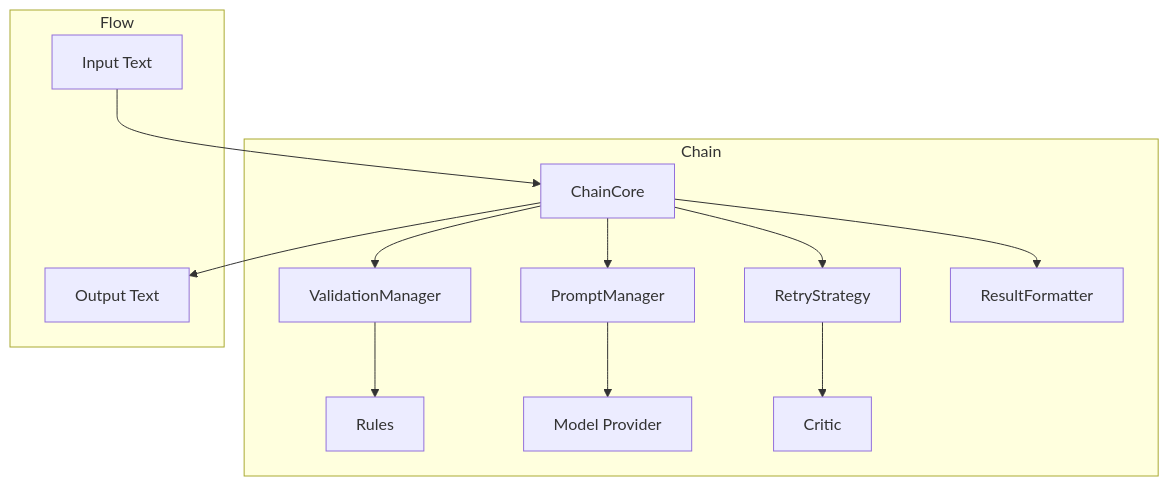
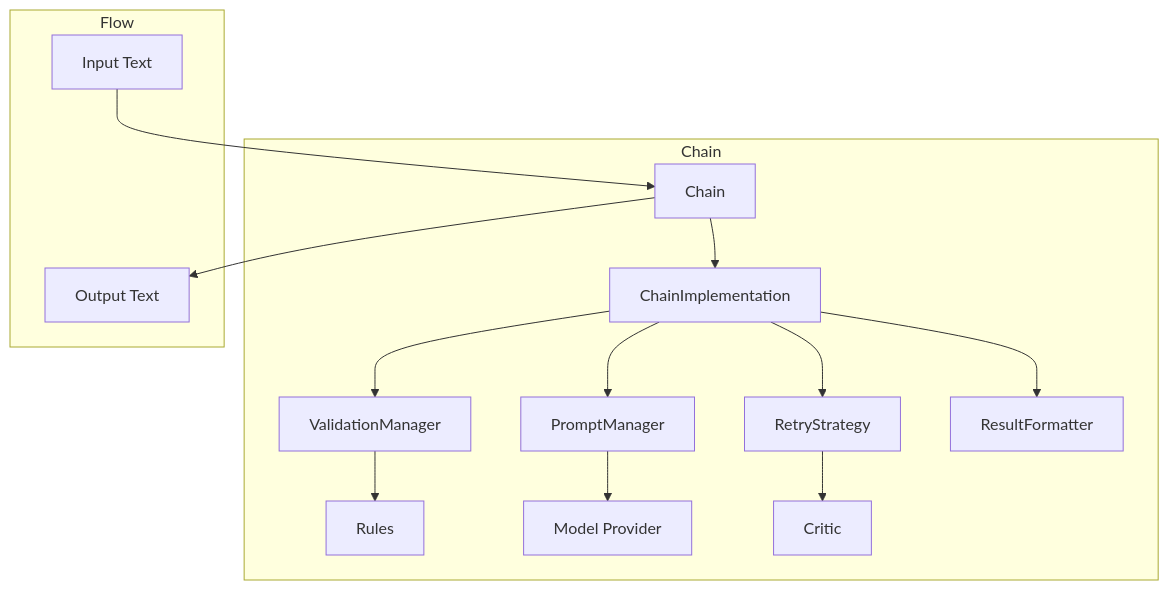
Before and after one commit to sifaka-ai/sifaka: the diagram in docs/components/chains.md, drawn with Mermaid. The commit also changed other lines of this file and 14 other files, not shown here.

````diff
--- a/docs/components/chains.md
+++ b/docs/components/chains.md
@@ -15,17 +16,18 @@
 ```mermaid
 graph TD
     subgraph Chain
-        CC[ChainCore] --> VM[ValidationManager]
-        CC --> PM[PromptManager]
-        CC --> RS[RetryStrategy]
-        CC --> RF[ResultFormatter]
+        C[Chain] --> CI[ChainImplementation]
+        CI --> VM[ValidationManager]
+        CI --> PM[PromptManager]
+        CI --> RS[RetryStrategy]
+        CI --> RF[ResultFormatter]
         VM --> Rules[Rules]
         PM --> Model[Model Provider]
         RS --> Critic[Critic]
     end
-    
+
     subgraph Flow
-        Input[Input Text] --> CC
-        CC --> Output[Output Text]
+        Input[Input Text] --> C
+        C --> Output[Output Text]
     end
 ```
````
